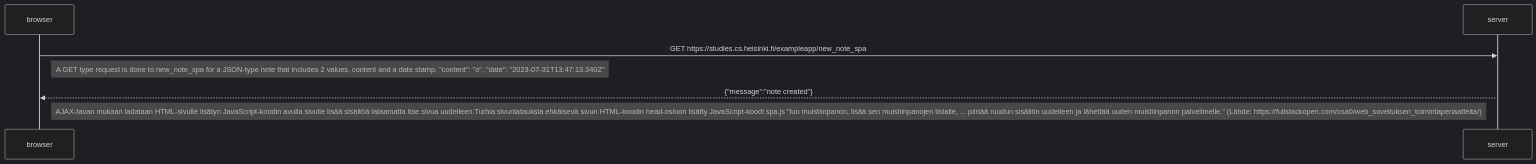
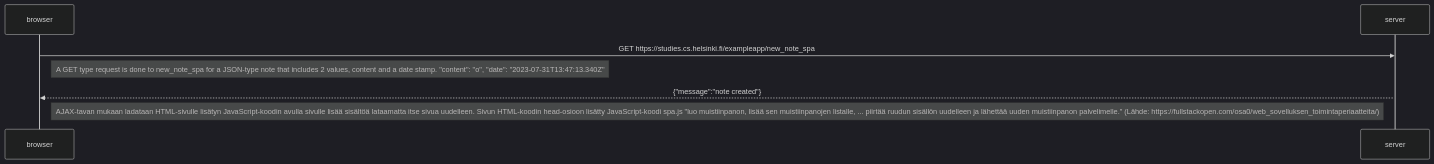
The diagram in 06.md (alelikak/fullstackopen), drawn with Mermaid (dark theme) before and after one commit.

````diff
--- a/06.md
+++ b/06.md
@@ -1,12 +1,12 @@
 ```mermaid
 sequenceDiagram
     participant browser
     participant server
     
     browser->>server: GET https://studies.cs.helsinki.fi/exampleapp/new_note_spa
     Note right of browser: A GET type request is done to new_note_spa for a JSON-type note that includes 2 values, content and a date stamp. "content": "o", "date": "2023-07-31T13:47:13.340Z"
 
     activate server
     server-->>browser: {"message":"note created"}
-    Note right of browser: AJAX-tavan mukaan ladataan HTML-sivulle lisätyn JavaScript-koodin avulla sivulle lisää sisältöä lataamatta itse sivua uudelleen.Turhia sivunlatauksia ehkäisevä sivun HTML-koodin head-osioon lisätty JavaScript-koodi spa.js "luo muistiinpanon, lisää sen muistiinpanojen listalle, ... piirtää ruudun sisällön uudelleen ja lähettää uuden muistiinpanon palvelimelle." (Lähde: https://fullstackopen.com/osa0/web_sovelluksen_toimintaperiaatteita/)
+    Note right of browser: AJAX-tavan mukaan ladataan HTML-sivulle lisätyn JavaScript-koodin avulla sivulle lisää sisältöä lataamatta itse sivua uudelleen. Sivun HTML-koodin head-osioon lisätty JavaScript-koodi spa.js "luo muistiinpanon, lisää sen muistiinpanojen listalle, ... piirtää ruudun sisällön uudelleen ja lähettää uuden muistiinpanon palvelimelle." (Lähde: https://fullstackopen.com/osa0/web_sovelluksen_toimintaperiaatteita/)
 ```
````
